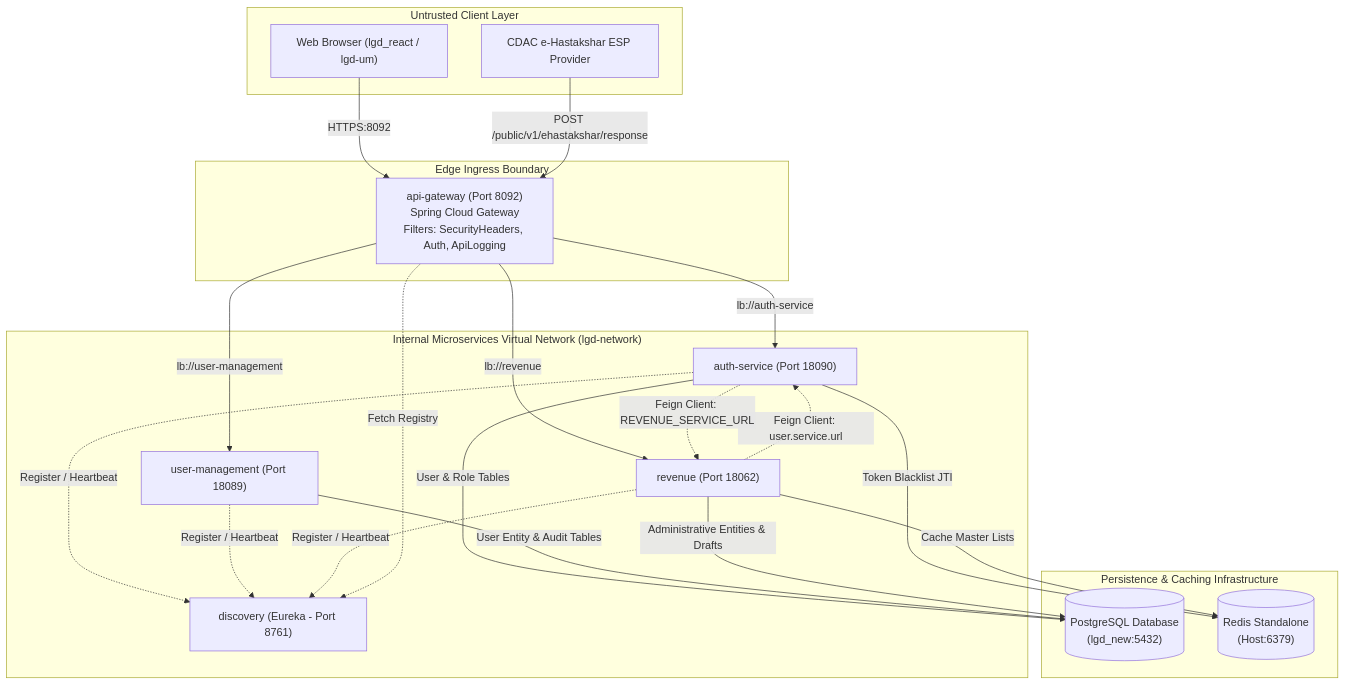
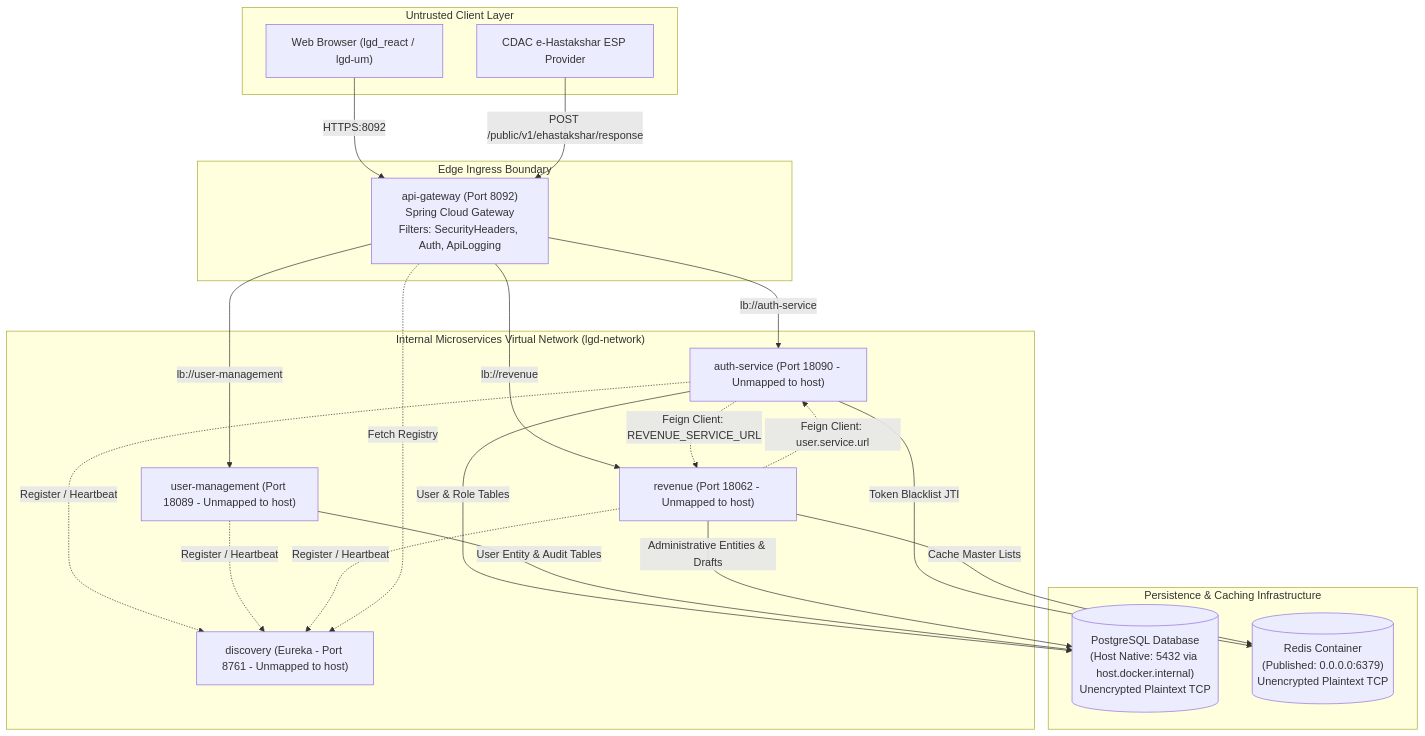
The diagram in Security_Architecture_Inventory.md (maneesh-javadev/lgd-active-new), drawn with Mermaid before and after one commit. The commit also changed other lines of this file and 411 other files, not shown here.

````diff
--- a/Security_Architecture_Inventory.md
+++ b/Security_Architecture_Inventory.md
@@ -42,40 +42,40 @@
 ```mermaid
 graph TD
     subgraph ClientZone ["Untrusted Client Layer"]
         BrowserUI["Web Browser (lgd_react / lgd-um)"]
         ESPCallback["CDAC e-Hastakshar ESP Provider"]
     end
 
     subgraph EdgeLayer ["Edge Ingress Boundary"]
         Gateway["api-gateway (Port 8092)<br/>Spring Cloud Gateway<br/>Filters: SecurityHeaders, Auth, ApiLogging"]
     end
 
     subgraph ServiceMesh ["Internal Microservices Virtual Network (lgd-network)"]
-        Eureka["discovery (Eureka - Port 8761)"]
-        AuthSvc["auth-service (Port 18090)"]
-        UserMgmt["user-management (Port 18089)"]
-        RevenueSvc["revenue (Port 18062)"]
+        Eureka["discovery (Eureka - Port 8761 - Unmapped to host)"]
+        AuthSvc["auth-service (Port 18090 - Unmapped to host)"]
+        UserMgmt["user-management (Port 18089 - Unmapped to host)"]
+        RevenueSvc["revenue (Port 18062 - Unmapped to host)"]
     end
 
     subgraph DataPersistence ["Persistence & Caching Infrastructure"]
-        PostgresDB[("PostgreSQL Database<br/>(lgd_new:5432)")]
-        RedisCache[("Redis Standalone<br/>(Host:6379)")]
+        PostgresDB[("PostgreSQL Database<br/>(Host Native: 5432 via host.docker.internal)<br/>Unencrypted Plaintext TCP")]
+        RedisCache[("Redis Container<br/>(Published: 0.0.0.0:6379)<br/>Unencrypted Plaintext TCP")]
     end
 
     BrowserUI -->|HTTPS:8092| Gateway
     ESPCallback -->|POST /public/v1/ehastakshar/response| Gateway
     Gateway -->|lb://auth-service| AuthSvc
     Gateway -->|lb://user-management| UserMgmt
     Gateway -->|lb://revenue| RevenueSvc
     AuthSvc -.->|Register / Heartbeat| Eureka
     UserMgmt -.->|Register / Heartbeat| Eureka
     RevenueSvc -.->|Register / Heartbeat| Eureka
     Gateway -.->|Fetch Registry| Eureka
     AuthSvc -->|Token Blacklist JTI| RedisCache
     AuthSvc -->|User & Role Tables| PostgresDB
     UserMgmt -->|User Entity & Audit Tables| PostgresDB
     RevenueSvc -->|Administrative Entities & Drafts| PostgresDB
     RevenueSvc -->|Cache Master Lists| RedisCache
     RevenueSvc -.->|Feign Client: user.service.url| AuthSvc
     AuthSvc -.->|Feign Client: REVENUE_SERVICE_URL| RevenueSvc
 ```
````
